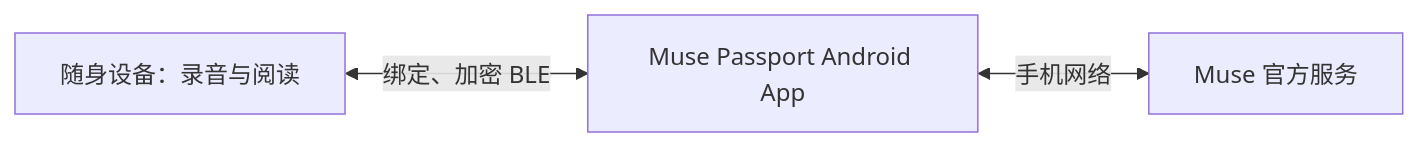
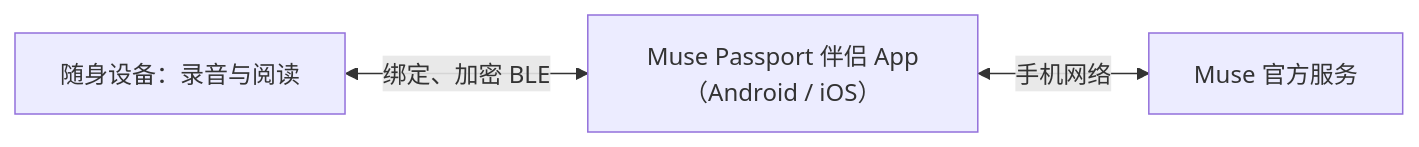
One commit to FalkoWing/muse-passport changed the diagram in README.md. Above: the diagram before and after it, drawn with Mermaid. The commit also changed other lines of this file and 1 other file, not shown here.

````diff
--- a/README.md
+++ b/README.md
@@ -33,5 +33,5 @@
 ```mermaid
 flowchart LR
-    P[随身设备：录音与阅读] <-->|绑定、加密 BLE| A[Muse Passport Android App]
+    P[随身设备：录音与阅读] <-->|绑定、加密 BLE| A["Muse Passport 伴侣 App（Android / iOS）"]
     A <-->|手机网络| M[Muse 官方服务]
 ```
````
